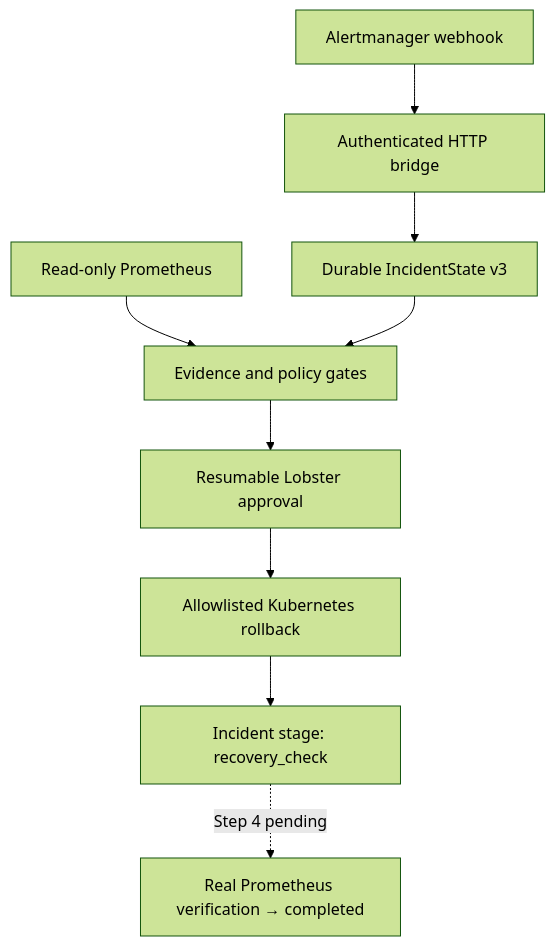
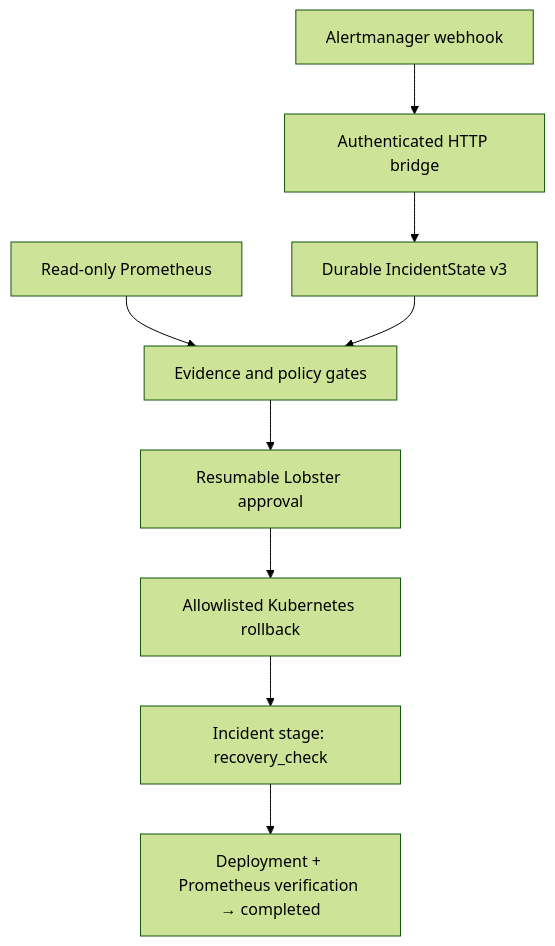
One commit to YingzuoLiu/openclaw-dataops-guardian changed the diagram in README.md. Above: the diagram before and after it, drawn with Mermaid (forest theme). The commit also changed other lines of this file and 20 other files, not shown here.

First line of the commit message:
feat: verify deployment and Prometheus recovery (#10)

````diff
--- a/README.md
+++ b/README.md
@@ -22,11 +23,11 @@
 ```mermaid
 flowchart TD
     A["Alertmanager webhook"] --> B["Authenticated HTTP bridge"]
     B --> C["Durable IncidentState v3"]
     P["Read-only Prometheus"] --> D["Evidence and policy gates"]
     C --> D
     D --> E["Resumable Lobster approval"]
     E --> F["Allowlisted Kubernetes rollback"]
     F --> G["Incident stage: recovery_check"]
-    G -. "Step 4 pending" .-> H["Real Prometheus verification → completed"]
+    G --> H["Deployment + Prometheus verification → completed"]
 ```
````
